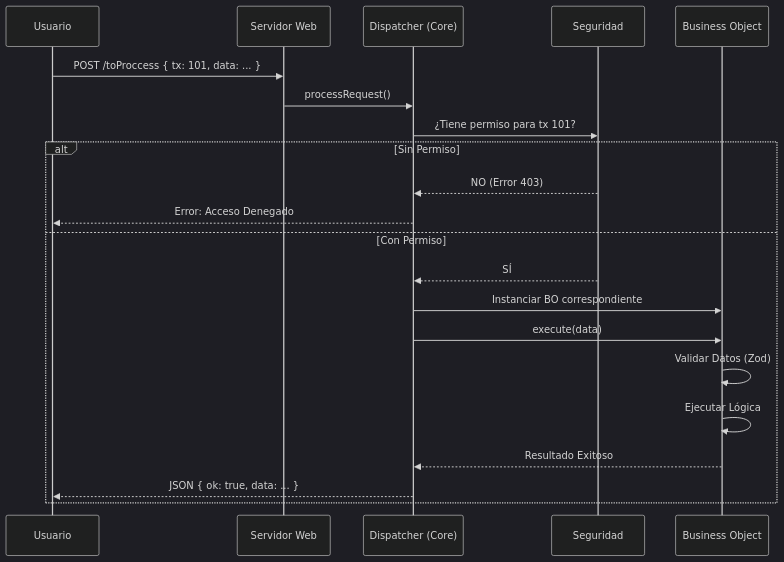
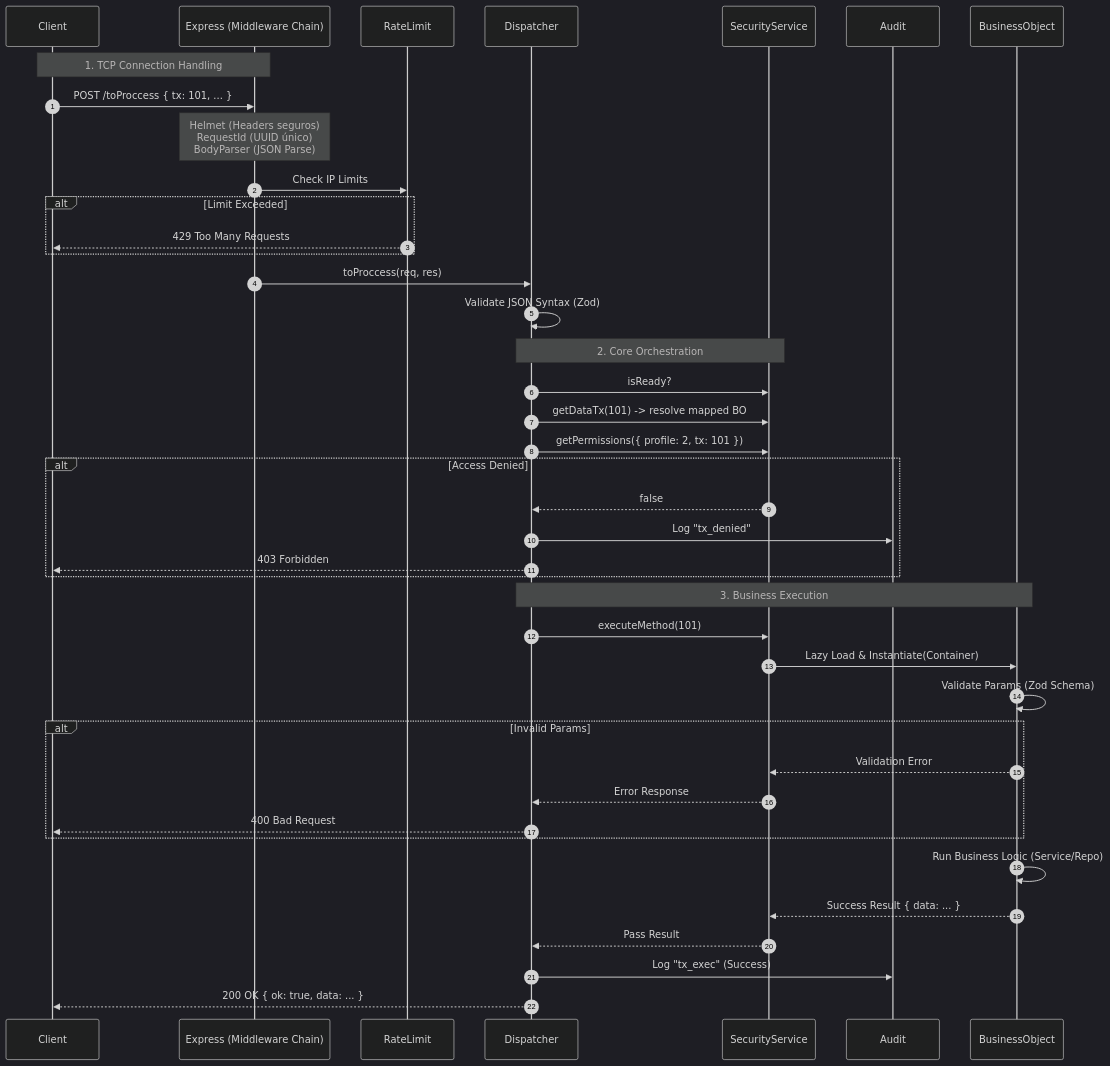
Before and after one commit to EliabParra/toproc: the diagram in docs/02-Architecture/TRANSACTION_FLOW.es.md, drawn with Mermaid (dark theme). The commit also changed other lines of this file and 361 other files, not shown here.

````diff
--- a/docs/02-Architecture/TRANSACTION_FLOW.es.md
+++ b/docs/02-Architecture/TRANSACTION_FLOW.es.md
@@ -7,28 +7,55 @@
 ```mermaid
 sequenceDiagram
-    participant User as Usuario
-    participant Express as Servidor Web
-    participant Dispatcher as Dispatcher (Core)
-    participant Security as Seguridad
-    participant BO as Business Object
+    autonumber
+    participant Client
+    participant Express as Express (Middleware Chain)
+    participant RateLimit
+    participant Dispatcher
+    participant Security as SecurityService
+    participant Audit
+    participant BO as BusinessObject
 
-    User->>Express: POST /toProccess { tx: 101, data: ... }
-    Express->>Dispatcher: processRequest()
+    Note over Client,Express: 1. TCP Connection Handling
+    Client->>Express: POST /toProccess { tx: 101, ... }
 
-    Dispatcher->>Security: ¿Tiene permiso para tx 101?
+    Note over Express: Helmet (Headers seguros)<br>RequestId (UUID único)<br>BodyParser (JSON Parse)
 
-    alt Sin Permiso
-        Security-->>Dispatcher: NO (Error 403)
-        Dispatcher-->>User: Error: Acceso Denegado
-    else Con Permiso
-        Security-->>Dispatcher: SÍ
-        Dispatcher->>BO: Instanciar BO correspondiente
-        Dispatcher->>BO: execute(data)
+    Express->>RateLimit: Check IP Limits
+    alt Limit Exceeded
+        RateLimit-->>Client: 429 Too Many Requests
+    end
 
-        BO->>BO: Validar Datos (Zod)
-        BO->>BO: Ejecutar Lógica
+    Express->>Dispatcher: toProccess(req, res)
 
-        BO-->>Dispatcher: Resultado Exitoso
-        Dispatcher-->>User: JSON { ok: true, data: ... }
+    Dispatcher->>Dispatcher: Validate JSON Syntax (Zod)
+
+    Note over Dispatcher,Security: 2. Core Orchestration
+    Dispatcher->>Security: isReady?
+    Dispatcher->>Security: getDataTx(101) -> resolve mapped BO
+
+    Dispatcher->>Security: getPermissions({ profile: 2, tx: 101 })
+    alt Access Denied
+        Security-->>Dispatcher: false
+        Dispatcher->>Audit: Log "tx_denied"
+        Dispatcher-->>Client: 403 Forbidden
     end
+
+    Note over Dispatcher,BO: 3. Business Execution
+    Dispatcher->>Security: executeMethod(101)
+    Security->>BO: Lazy Load & Instantiate(Container)
+
+    BO->>BO: Validate Params (Zod Schema)
+    alt Invalid Params
+        BO-->>Security: Validation Error
+        Security-->>Dispatcher: Error Response
+        Dispatcher-->>Client: 400 Bad Request
+    end
+
+    BO->>BO: Run Business Logic (Service/Repo)
+
+    BO-->>Security: Success Result { data: ... }
+    Security-->>Dispatcher: Pass Result
+
+    Dispatcher->>Audit: Log "tx_exec" (Success)
+    Dispatcher-->>Client: 200 OK { ok: true, data: ... }
 ```
````
